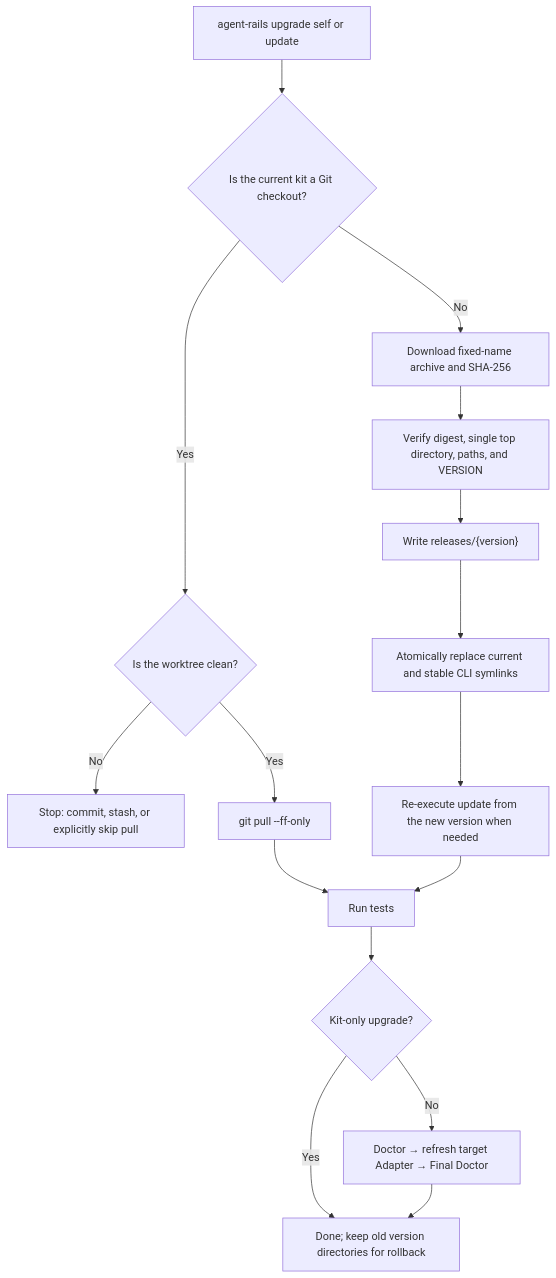
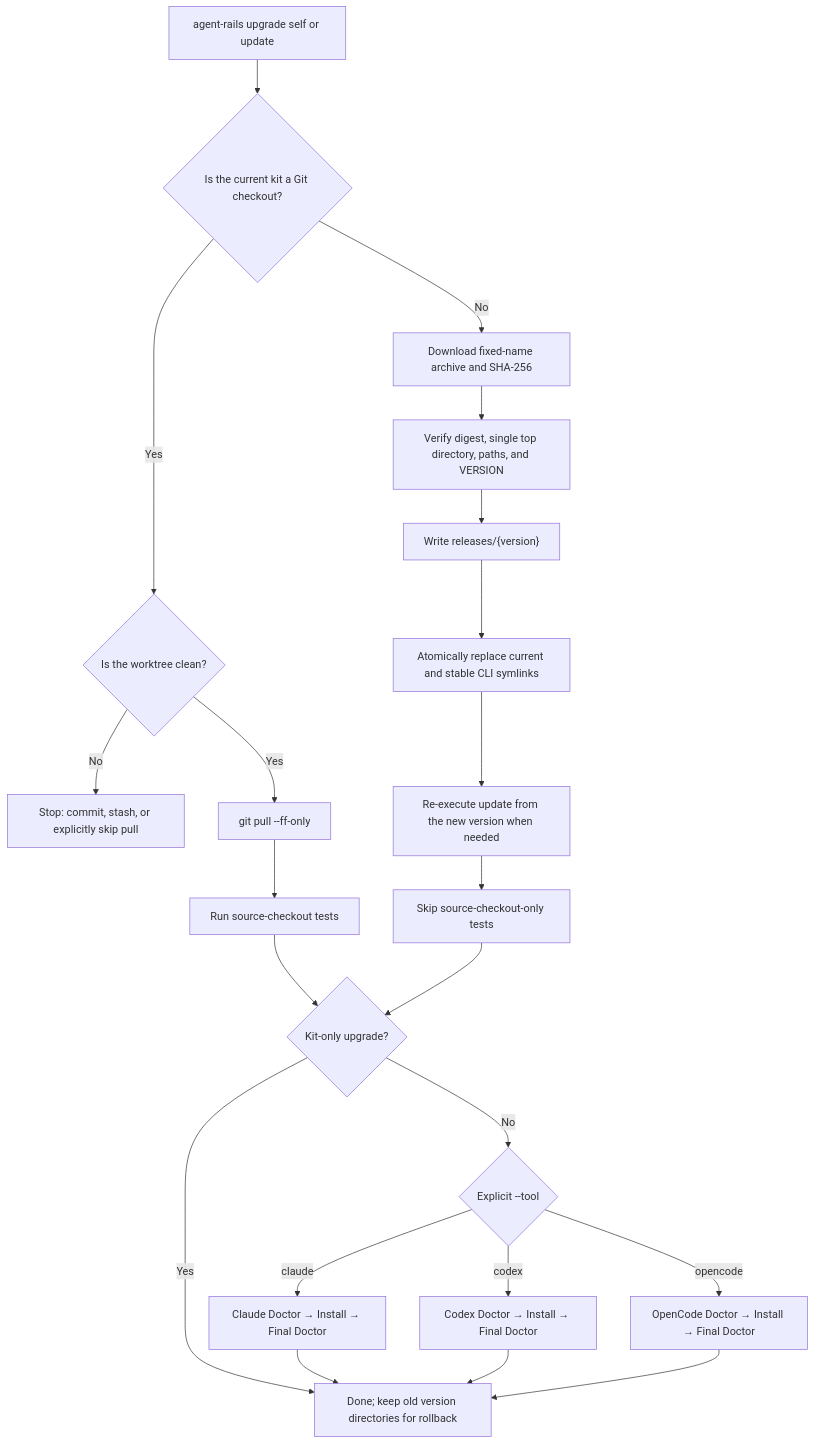
The seventh of 7 diagrams in docs/how-agent-rails-works.en.md (948462448/agent-rails), drawn with Mermaid before and after one commit. The commit also changed other lines of this file and 15 other files, not shown here.

````diff
--- a/docs/how-agent-rails-works.en.md
+++ b/docs/how-agent-rails-works.en.md
@@ -190,20 +190,26 @@
 ```mermaid
 flowchart TD
     UPDATE["agent-rails upgrade self or update"] --> SOURCE{"Is the current kit a Git checkout?"}
     SOURCE -->|Yes| CLEAN{"Is the worktree clean?"}
     CLEAN -->|No| STOP_GIT["Stop: commit, stash, or explicitly skip pull"]
     CLEAN -->|Yes| PULL["git pull --ff-only"]
 
     SOURCE -->|No| DOWNLOAD["Download fixed-name archive and SHA-256"]
     DOWNLOAD --> VERIFY["Verify digest, single top directory, paths, and VERSION"]
     VERIFY --> STAGE["Write releases/{version}"]
     STAGE --> SWITCH["Atomically replace current and stable CLI symlinks"]
     SWITCH --> REEXEC["Re-execute update from the new version when needed"]
 
-    PULL --> TESTS["Run tests"]
-    REEXEC --> TESTS
+    PULL --> TESTS["Run source-checkout tests"]
+    REEXEC --> SKIP_TESTS["Skip source-checkout-only tests"]
     TESTS --> SELF{"Kit-only upgrade?"}
+    SKIP_TESTS --> SELF
     SELF -->|Yes| DONE["Done; keep old version directories for rollback"]
-    SELF -->|No| DOCTOR["Doctor → refresh target Adapter → Final Doctor"]
-    DOCTOR --> DONE
+    SELF -->|No| TOOL{"Explicit --tool"}
+    TOOL -->|claude| CLAUDE["Claude Doctor → Install → Final Doctor"]
+    TOOL -->|codex| CODEX["Codex Doctor → Install → Final Doctor"]
+    TOOL -->|opencode| OPENCODE["OpenCode Doctor → Install → Final Doctor"]
+    CLAUDE --> DONE
+    CODEX --> DONE
+    OPENCODE --> DONE
 ```
````
